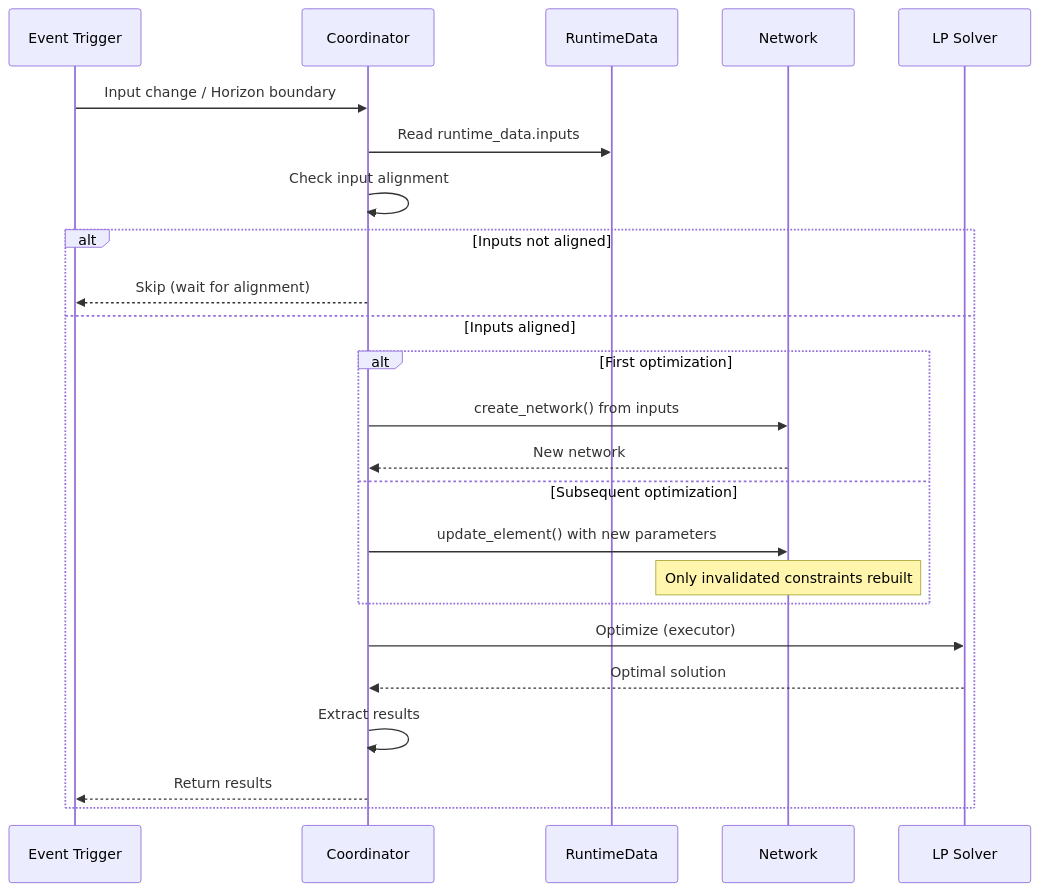
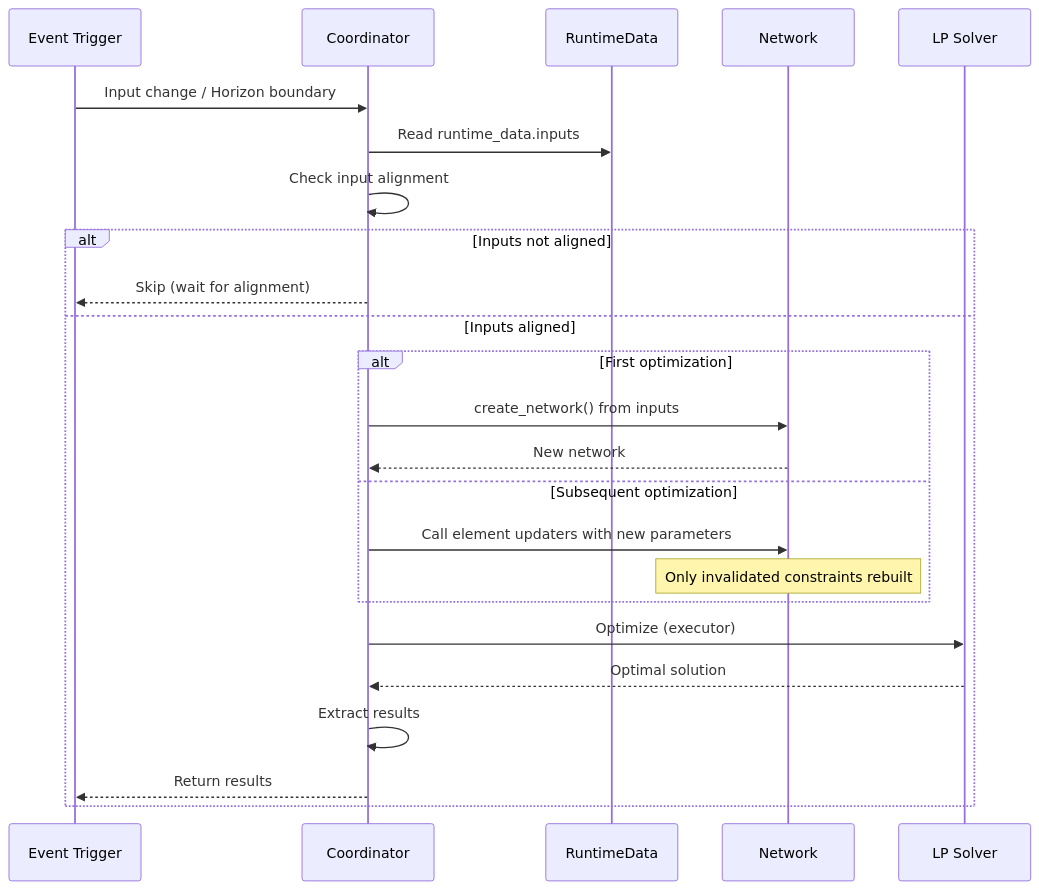
The first of 2 diagrams in docs/developer-guide/coordinator.md (hass-energy/haeo), drawn with Mermaid before and after one commit. The commit also changed other lines of this file and 29 other files, not shown here.

````diff
--- a/docs/developer-guide/coordinator.md
+++ b/docs/developer-guide/coordinator.md
@@ -38,27 +38,27 @@
 ```mermaid
 sequenceDiagram
     participant Trigger as Event Trigger
     participant C as Coordinator
     participant RD as RuntimeData
     participant N as Network
     participant LP as LP Solver
 
     Trigger->>C: Input change / Horizon boundary
     C->>RD: Read runtime_data.inputs
     C->>C: Check input alignment
     alt Inputs not aligned
         C-->>Trigger: Skip (wait for alignment)
     else Inputs aligned
         alt First optimization
             C->>N: create_network() from inputs
             N-->>C: New network
         else Subsequent optimization
-            C->>N: update_element() with new parameters
+            C->>N: Call element updaters with new parameters
             Note over N: Only invalidated constraints rebuilt
         end
         C->>LP: Optimize (executor)
         LP-->>C: Optimal solution
         C->>C: Extract results
         C-->>Trigger: Return results
     end
 ```
````
